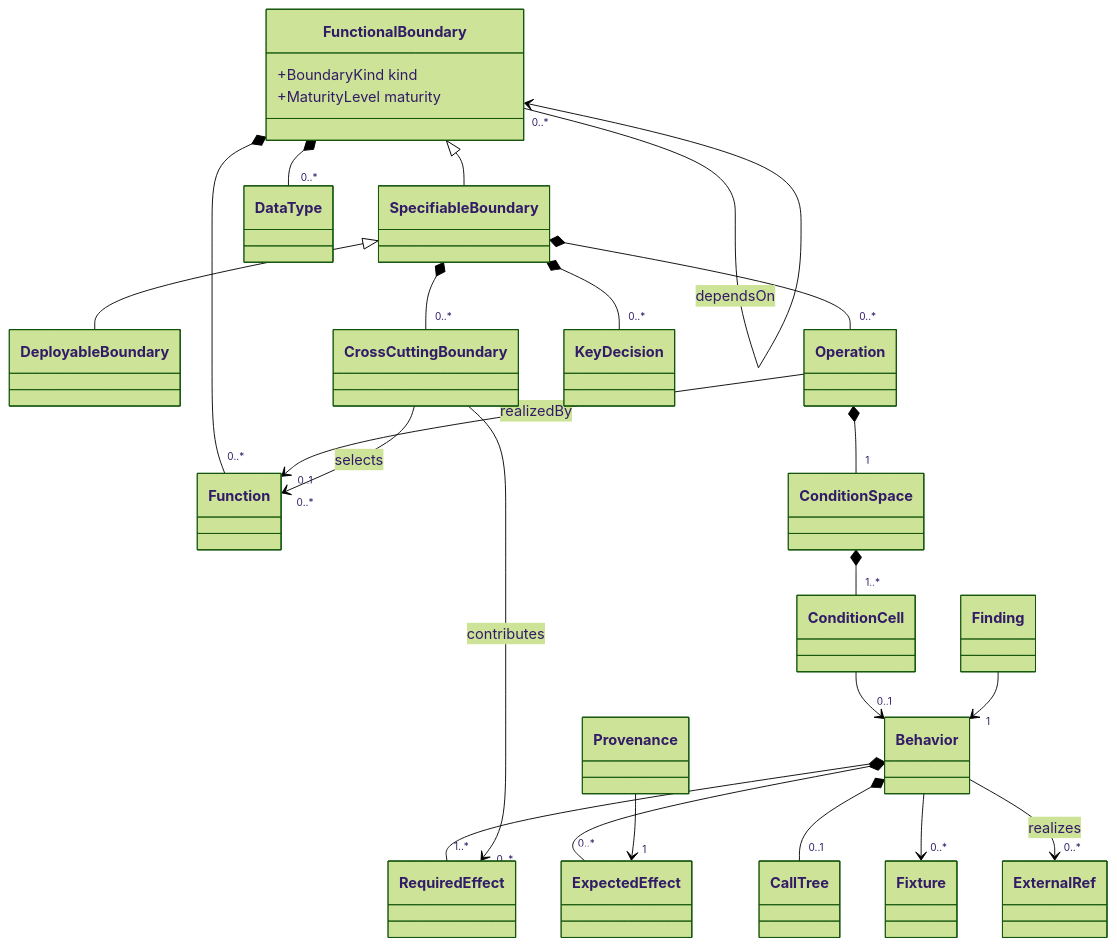
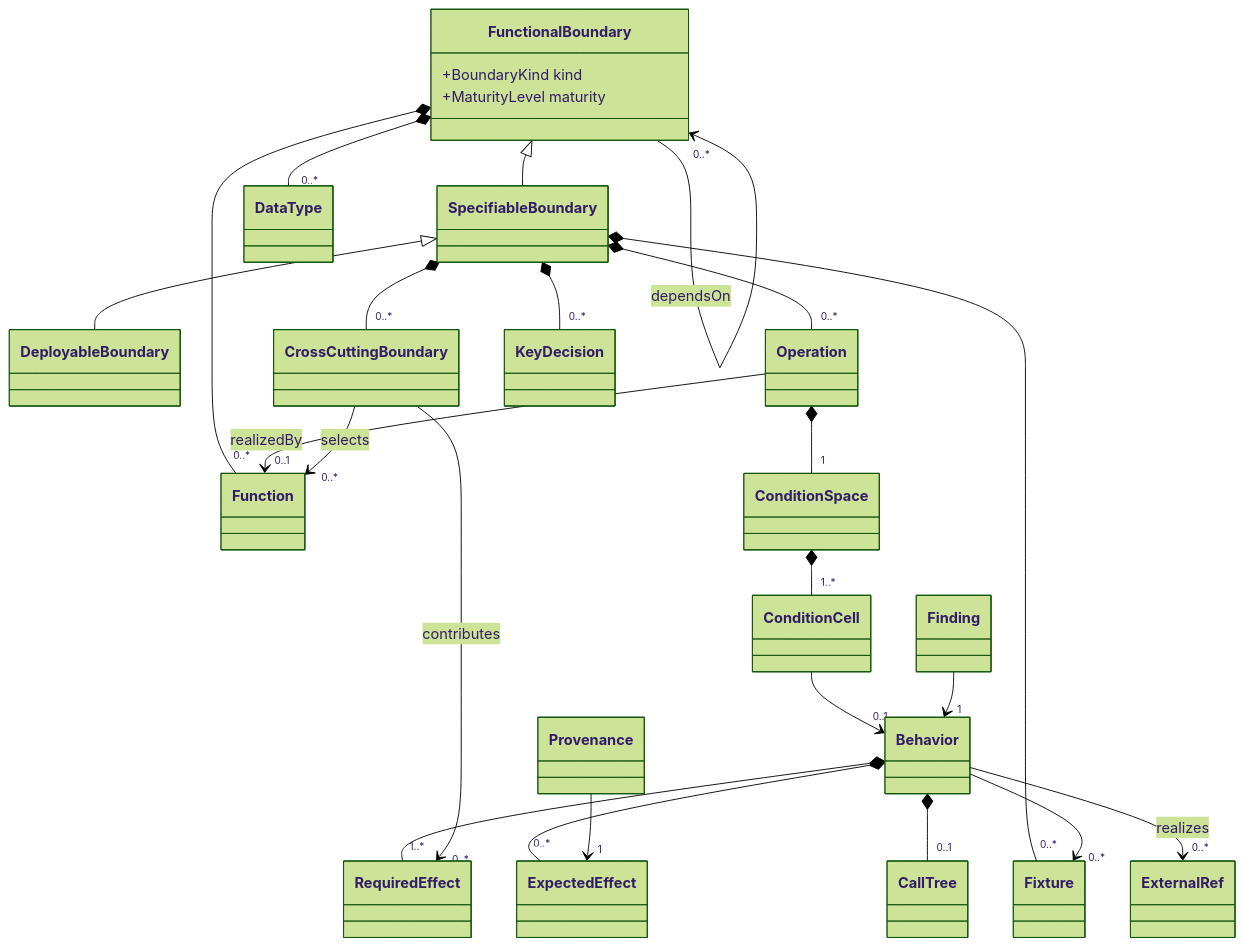
Before and after one commit to weaver-engineering/agent-plugins-docs: the diagram in docs/design/design-assistant/datamodel/DATA-MODEL.md, drawn with Mermaid (forest theme). The commit also changed other lines of this file and 10 other files, not shown here.

````diff
--- a/docs/design/design-assistant/datamodel/DATA-MODEL.md
+++ b/docs/design/design-assistant/datamodel/DATA-MODEL.md
@@ -347,55 +377,56 @@
 ```mermaid
 classDiagram
     direction TB
 
     class FunctionalBoundary {
         +BoundaryKind kind
         +MaturityLevel maturity
     }
     class SpecifiableBoundary
     class DeployableBoundary
     class CrossCuttingBoundary
     class Operation
     class Function
     class DataType
     class ConditionSpace
     class ConditionCell
     class Behavior
     class RequiredEffect
     class ExpectedEffect
     class CallTree
     class Fixture
     class Provenance
     class Finding
     class KeyDecision
     class ExternalRef
 
     FunctionalBoundary <|-- SpecifiableBoundary
     SpecifiableBoundary <|-- DeployableBoundary
 
     FunctionalBoundary *-- "0..*" FunctionalBoundary : contains
     FunctionalBoundary --> "0..*" FunctionalBoundary : dependsOn
     FunctionalBoundary *-- "0..*" Function
     FunctionalBoundary *-- "0..*" DataType
 
     SpecifiableBoundary *-- "0..*" Operation
     SpecifiableBoundary *-- "0..*" CrossCuttingBoundary
     SpecifiableBoundary *-- "0..*" KeyDecision
+    SpecifiableBoundary *-- "0..*" Fixture
 
     Operation *-- "1" ConditionSpace
     Operation --> "0..1" Function : realizedBy
     ConditionSpace *-- "1..*" ConditionCell
     ConditionCell --> "0..1" Behavior
 
     Behavior *-- "1..*" RequiredEffect
     Behavior *-- "0..*" ExpectedEffect
     Behavior *-- "0..1" CallTree
     Behavior --> "0..*" Fixture
     Behavior --> "0..*" ExternalRef : realizes
 
     CrossCuttingBoundary --> "0..*" Function : selects
     CrossCuttingBoundary --> "0..*" RequiredEffect : contributes
 
     Provenance --> "1" ExpectedEffect
     Finding --> "1" Behavior
 ```
````
